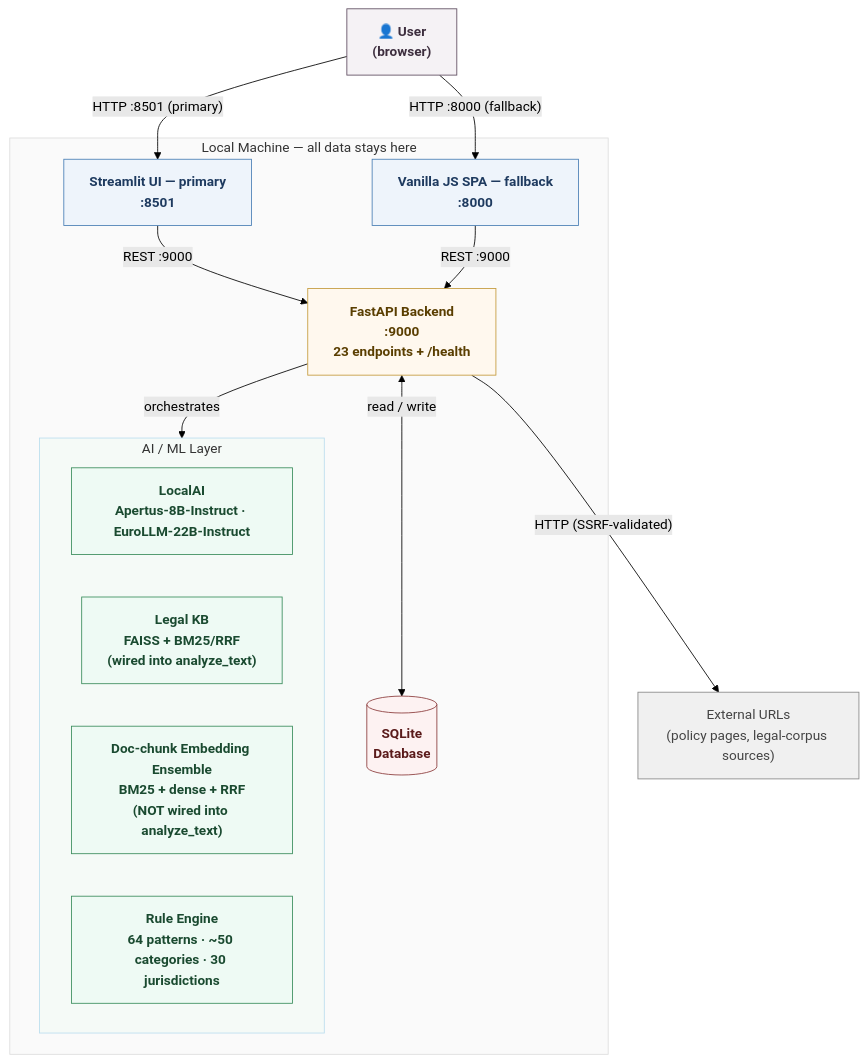
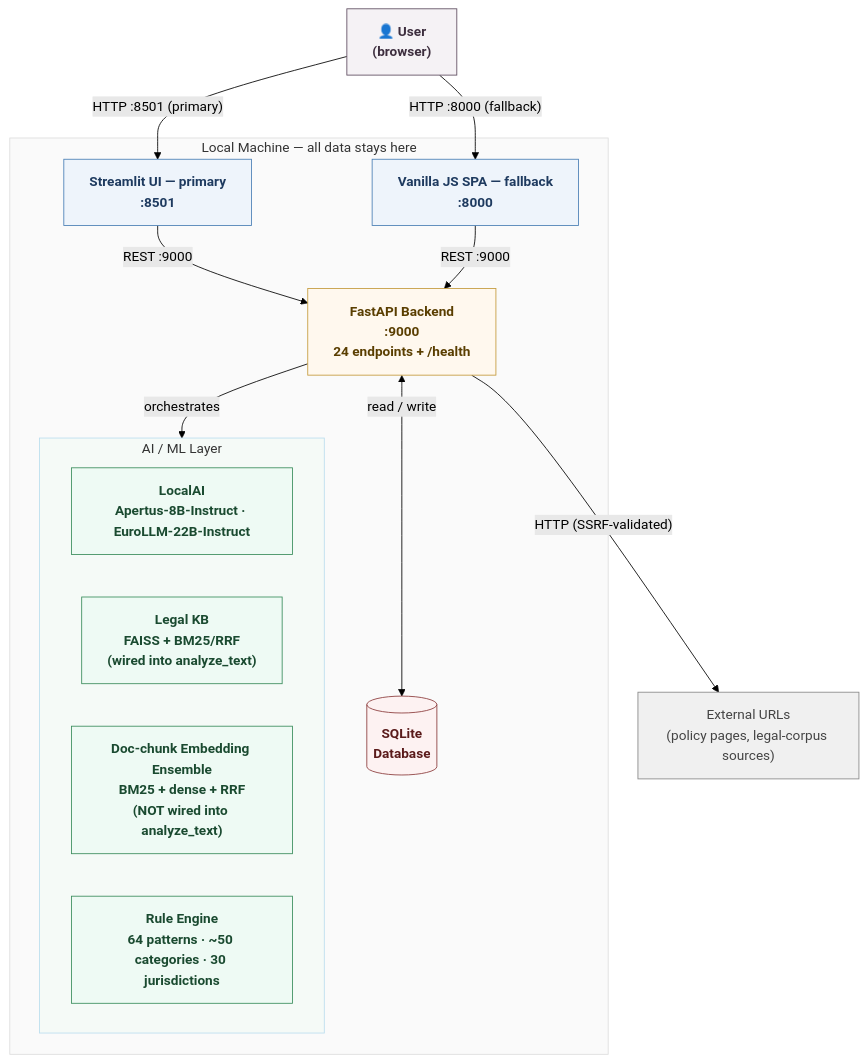
One commit to jennifer-mckinney/terms-analysis changed the first of 4 diagrams in docs/architecture-diagrams.md. Above: the diagram before and after it, drawn with Mermaid (forest theme). The commit also changed other lines of this file and 1 other file, not shown here.

Commit message:
docs: fix endpoint count (24+health=25, not 23+health=24)
Independent fact-check (issue #10) found the BRD prose and architecture
diagram summary line undercounted by one, even though the BRD's own
per-group endpoint table already summed to 24. Also corrected the L2
diagram's watchlist/snapshot/policy-watch subgraph label from "(10
endpoints)" to the actual 12 (4 watchlist + 3 snapshot + 1 diff + 4
policy-watch).

All other fact-checked claims (jurisdictions, risk scoring, DB schema,
frontend framing, model name, legal-KB wiring, category count) confirmed
exact by the same independent pass.

````diff
--- a/docs/architecture-diagrams.md
+++ b/docs/architecture-diagrams.md
@@ -9,39 +9,39 @@
 ```mermaid
 graph TB
     classDef user     fill:#f5f2f5,stroke:#5e4c5f,color:#3d2e3e,font-weight:600
     classDef frontend fill:#eef4fb,stroke:#4a7fb5,color:#1e3a5f,font-weight:600
     classDef backend  fill:#fff8ee,stroke:#c49a3c,color:#5a3e00,font-weight:600
     classDef ai       fill:#eefaf4,stroke:#3a8c5c,color:#1a4a30,font-weight:600
     classDef data     fill:#fdf2f2,stroke:#8b3a3a,color:#5a1a1a,font-weight:600
     classDef ext      fill:#f0f0f0,stroke:#888,color:#444
 
     USER["👤 User\n(browser)"]:::user
 
     subgraph LOCAL ["Local Machine — all data stays here"]
         FE1["Streamlit UI — primary\n:8501"]:::frontend
         FE2["Vanilla JS SPA — fallback\n:8000"]:::frontend
-        BE["FastAPI Backend\n:9000\n23 endpoints + /health"]:::backend
+        BE["FastAPI Backend\n:9000\n24 endpoints + /health"]:::backend
 
         subgraph AI ["AI / ML Layer"]
             LLM["LocalAI\nApertus-8B-Instruct · EuroLLM-22B-Instruct"]:::ai
             LKB["Legal KB\nFAISS + BM25/RRF\n(wired into analyze_text)"]:::ai
             EMB["Doc-chunk Embedding Ensemble\nBM25 + dense + RRF\n(NOT wired into analyze_text)"]:::ai
             RULES["Rule Engine\n64 patterns · ~50 categories · 30 jurisdictions"]:::ai
         end
 
         DB[("SQLite\nDatabase")]:::data
     end
 
     EXT["External URLs\n(policy pages, legal-corpus sources)"]:::ext
 
     USER -->|"HTTP :8501 (primary)"| FE1
     USER -->|"HTTP :8000 (fallback)"| FE2
     FE1  -->|"REST :9000"| BE
     FE2  -->|"REST :9000"| BE
     BE   -->|orchestrates| AI
     BE   <-->|read / write| DB
     BE   -->|"HTTP (SSRF-validated)"| EXT
 
     style LOCAL fill:#fafafa,stroke:#ddd
     style AI    fill:#f5faf7,stroke:#bde
 ```
````
